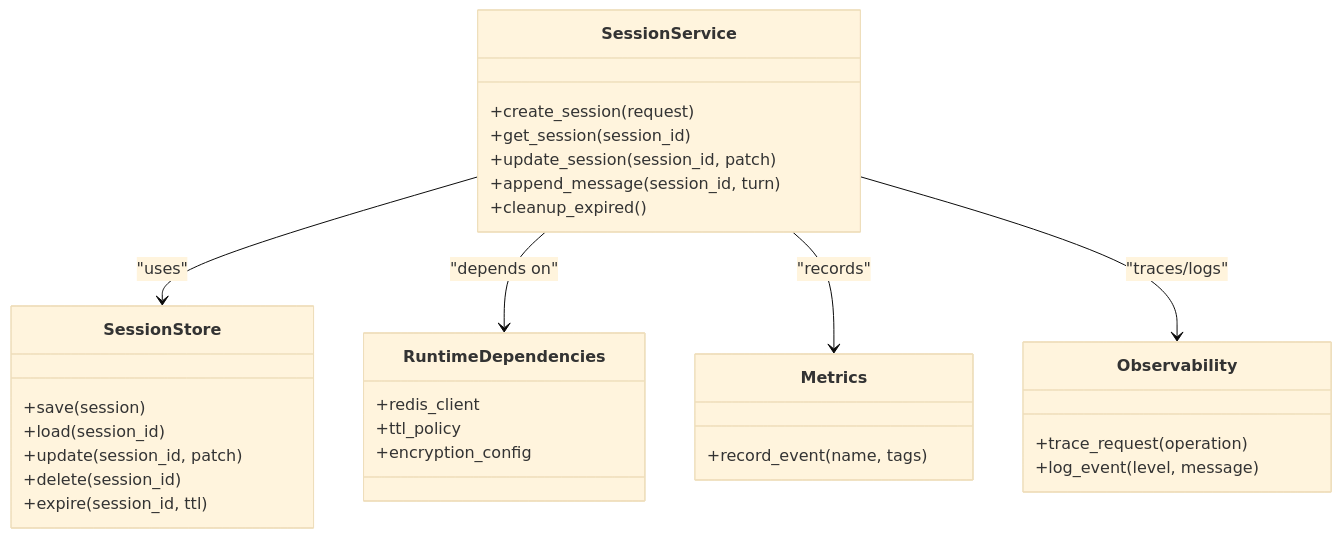
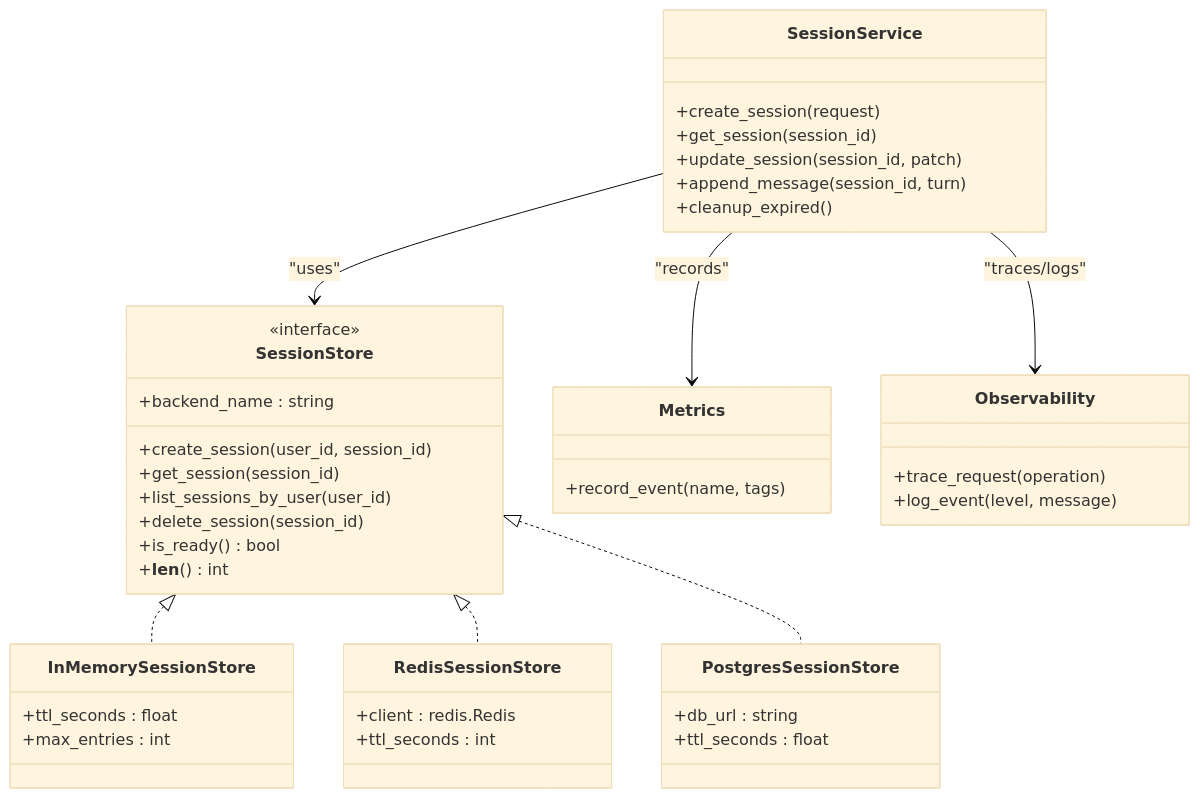
One commit to metasync/luban-aiops changed the fifth of 5 diagrams in .qoder/repowiki/en/content/Agent Platform Service/Session Management and State Persistence.md. Above: the diagram before and after it, drawn with Mermaid (base theme). The commit also changed other lines of this file and 6 other files, not shown here.

````diff
--- a/.qoder/repowiki/en/content/Agent Platform Service/Session Management and State Persistence.md
+++ b/.qoder/repowiki/en/content/Agent Platform Service/Session Management and State Persistence.md
@@ -333,33 +355,45 @@
 ```mermaid
 classDiagram
 class SessionService {
 +create_session(request)
 +get_session(session_id)
 +update_session(session_id, patch)
 +append_message(session_id, turn)
 +cleanup_expired()
 }
 class SessionStore {
-+save(session)
-+load(session_id)
-+update(session_id, patch)
-+delete(session_id)
-+expire(session_id, ttl)
+<<interface>>
++backend_name : string
++create_session(user_id, session_id)
++get_session(session_id)
++list_sessions_by_user(user_id)
++delete_session(session_id)
++is_ready() bool
++__len__() int
 }
-class RuntimeDependencies {
-+redis_client
-+ttl_policy
-+encryption_config
+class InMemorySessionStore {
++ttl_seconds : float
++max_entries : int
+}
+class RedisSessionStore {
++client : redis.Redis
++ttl_seconds : int
+}
+class PostgresSessionStore {
++db_url : string
++ttl_seconds : float
 }
 class Metrics {
 +record_event(name, tags)
 }
 class Observability {
 +trace_request(operation)
 +log_event(level, message)
 }
 SessionService --> SessionStore : "uses"
-SessionService --> RuntimeDependencies : "depends on"
+SessionStore <|.. InMemorySessionStore
+SessionStore <|.. RedisSessionStore
+SessionStore <|.. PostgresSessionStore
 SessionService --> Metrics : "records"
 SessionService --> Observability : "traces/logs"
 ```
````
